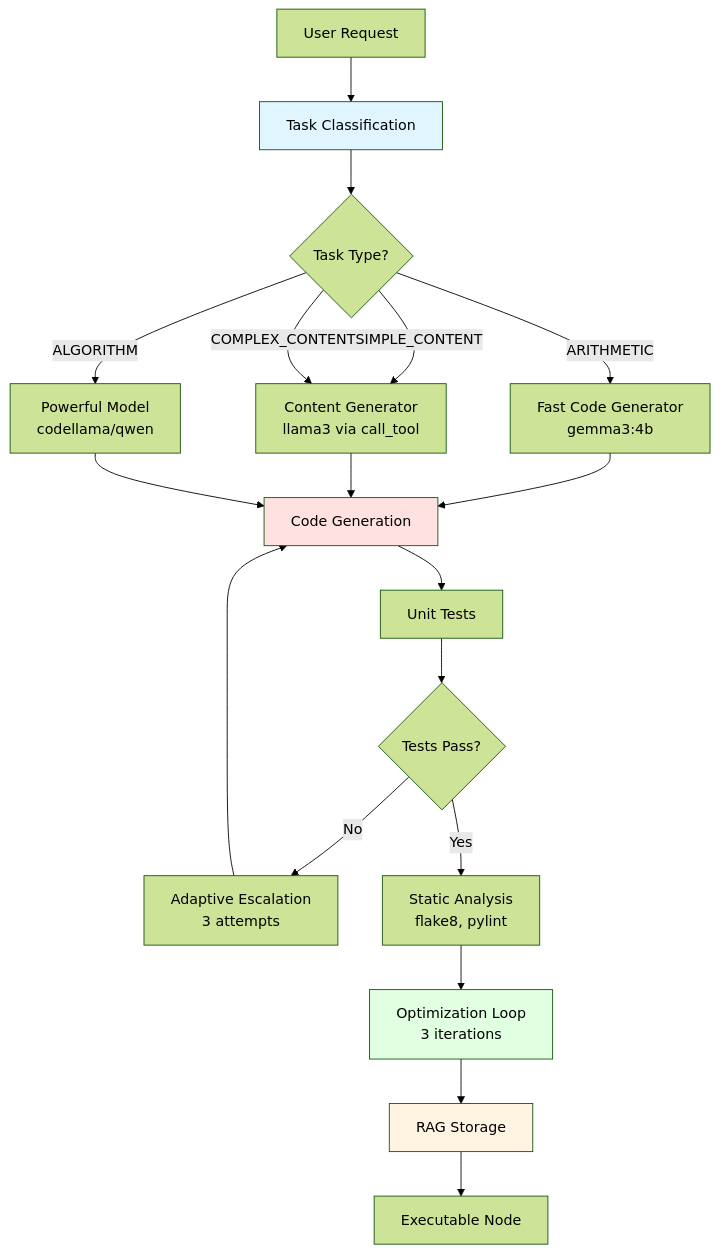
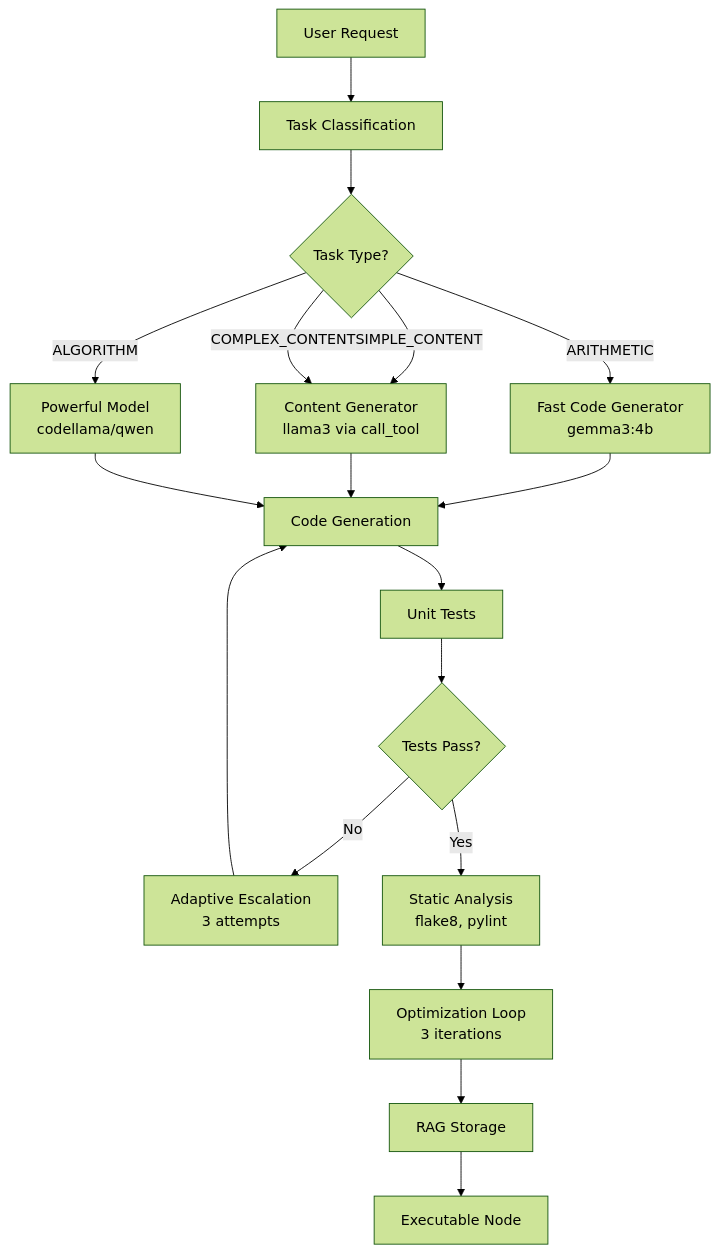
One commit to scottgal/mostlylucid.dse changed the first of 7 diagrams in README.md. Above: the diagram before and after it, drawn with Mermaid (forest theme). The commit also changed other lines of this file and 1 other file, not shown here.

````diff
--- a/README.md
+++ b/README.md
@@ -51,27 +51,23 @@
 ```mermaid
 graph TD
     A[User Request] --> B[Task Classification]
     B --> C{Task Type?}
     C -->|ARITHMETIC| D[Fast Code Generator<br/>gemma3:4b]
     C -->|SIMPLE_CONTENT| E[Content Generator<br/>llama3 via call_tool]
     C -->|COMPLEX_CONTENT| E
     C -->|ALGORITHM| F[Powerful Model<br/>codellama/qwen]
 
     D --> G[Code Generation]
     E --> G
     F --> G
 
     G --> H[Unit Tests]
     H --> I{Tests Pass?}
     I -->|No| J[Adaptive Escalation<br/>3 attempts]
     J --> G
     I -->|Yes| K[Static Analysis<br/>flake8, pylint]
     K --> L[Optimization Loop<br/>3 iterations]
     L --> M[RAG Storage]
     M --> N[Executable Node]
 
-    style B fill:#e1f5ff
-    style G fill:#ffe1e1
-    style L fill:#e1ffe1
-    style M fill:#fff3e1
 ```
````
